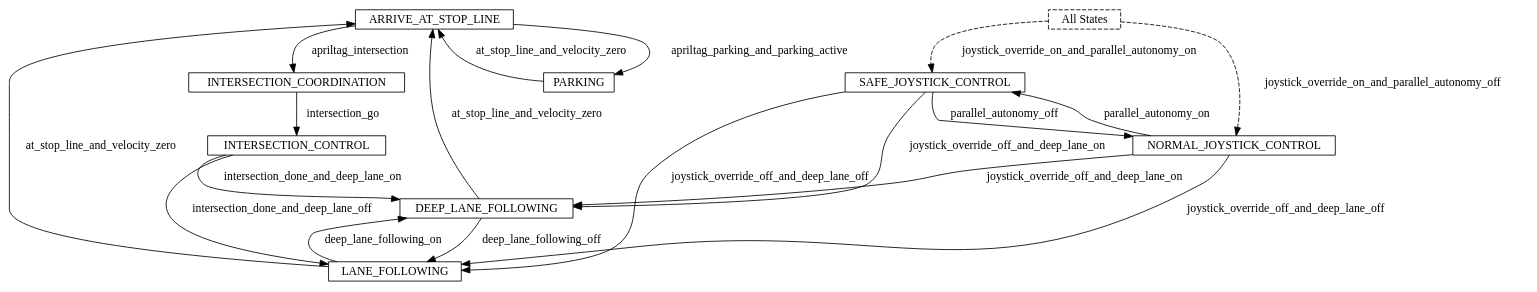
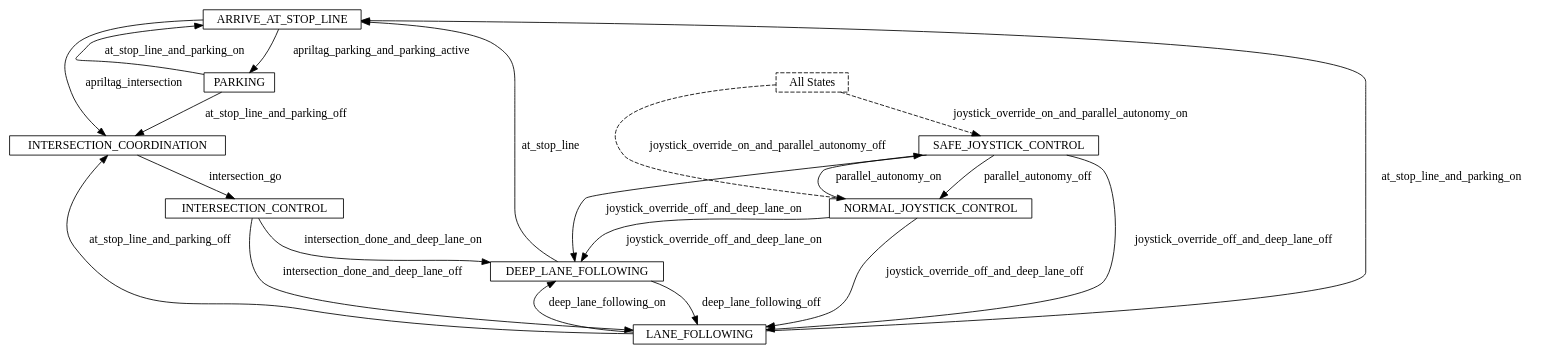
One commit to spadma3/duck changed the diagram in catkin_ws/src/00-infrastructure/ros_diagram/fsm_default.dot. Above: the diagram before and after it, drawn with Graphviz. The commit also changed 3 other files, not shown here.

Commit message:
Updated diagrams of FSM

```diff
--- a/catkin_ws/src/00-infrastructure/ros_diagram/fsm_default.dot
+++ b/catkin_ws/src/00-infrastructure/ros_diagram/fsm_default.dot
@@ -1,31 +1,33 @@
 // default.yaml
 digraph {
 	node [height=.1 shape=record]
 	ARRIVE_AT_STOP_LINE [label=ARRIVE_AT_STOP_LINE color=black fontcolor=black]
 	INTERSECTION_CONTROL [label=INTERSECTION_CONTROL color=black fontcolor=black]
 	INTERSECTION_COORDINATION [label=INTERSECTION_COORDINATION color=black fontcolor=black]
 	DEEP_LANE_FOLLOWING [label=DEEP_LANE_FOLLOWING]
 	PARKING [label=PARKING color=black fontcolor=black]
 	SAFE_JOYSTICK_CONTROL [label=SAFE_JOYSTICK_CONTROL color=black fontcolor=black]
 	NORMAL_JOYSTICK_CONTROL [label=NORMAL_JOYSTICK_CONTROL color=black fontcolor=black]
 	LANE_FOLLOWING [label=LANE_FOLLOWING color=black fontcolor=black]
 	ARRIVE_AT_STOP_LINE -> PARKING [label=apriltag_parking_and_parking_active color=black fontcolor=black]
 	ARRIVE_AT_STOP_LINE -> INTERSECTION_COORDINATION [label=apriltag_intersection color=black fontcolor=black]
 	INTERSECTION_CONTROL -> DEEP_LANE_FOLLOWING [label=intersection_done_and_deep_lane_on color=black fontcolor=black]
 	INTERSECTION_CONTROL -> LANE_FOLLOWING [label=intersection_done_and_deep_lane_off color=black fontcolor=black]
 	INTERSECTION_COORDINATION -> INTERSECTION_CONTROL [label=intersection_go color=black fontcolor=black]
-	DEEP_LANE_FOLLOWING -> ARRIVE_AT_STOP_LINE [label=at_stop_line_and_velocity_zero color=black fontcolor=black]
 	DEEP_LANE_FOLLOWING -> LANE_FOLLOWING [label=deep_lane_following_off color=black fontcolor=black]
-	PARKING -> ARRIVE_AT_STOP_LINE [label=at_stop_line_and_velocity_zero color=black fontcolor=black]
+	DEEP_LANE_FOLLOWING -> ARRIVE_AT_STOP_LINE [label=at_stop_line color=black fontcolor=black]
+	PARKING -> INTERSECTION_COORDINATION [label=at_stop_line_and_parking_off color=black fontcolor=black]
+	PARKING -> ARRIVE_AT_STOP_LINE [label=at_stop_line_and_parking_on color=black fontcolor=black]
 	SAFE_JOYSTICK_CONTROL -> DEEP_LANE_FOLLOWING [label=joystick_override_off_and_deep_lane_on color=black fontcolor=black]
 	SAFE_JOYSTICK_CONTROL -> NORMAL_JOYSTICK_CONTROL [label=parallel_autonomy_off color=black fontcolor=black]
 	SAFE_JOYSTICK_CONTROL -> LANE_FOLLOWING [label=joystick_override_off_and_deep_lane_off color=black fontcolor=black]
 	NORMAL_JOYSTICK_CONTROL -> DEEP_LANE_FOLLOWING [label=joystick_override_off_and_deep_lane_on color=black fontcolor=black]
 	NORMAL_JOYSTICK_CONTROL -> LANE_FOLLOWING [label=joystick_override_off_and_deep_lane_off color=black fontcolor=black]
 	NORMAL_JOYSTICK_CONTROL -> SAFE_JOYSTICK_CONTROL [label=parallel_autonomy_on color=black fontcolor=black]
-	LANE_FOLLOWING -> ARRIVE_AT_STOP_LINE [label=at_stop_line_and_velocity_zero color=black fontcolor=black]
+	LANE_FOLLOWING -> ARRIVE_AT_STOP_LINE [label=at_stop_line_and_parking_on color=black fontcolor=black]
+	LANE_FOLLOWING -> INTERSECTION_COORDINATION [label=at_stop_line_and_parking_off color=black fontcolor=black]
 	LANE_FOLLOWING -> DEEP_LANE_FOLLOWING [label=deep_lane_following_on color=black fontcolor=black]
 	ALL_STATES [label="All States" style=dashed]
 	ALL_STATES -> NORMAL_JOYSTICK_CONTROL [label=joystick_override_on_and_parallel_autonomy_off concentrate=false style=dashed]
 	ALL_STATES -> SAFE_JOYSTICK_CONTROL [label=joystick_override_on_and_parallel_autonomy_on concentrate=false style=dashed]
 }
```
